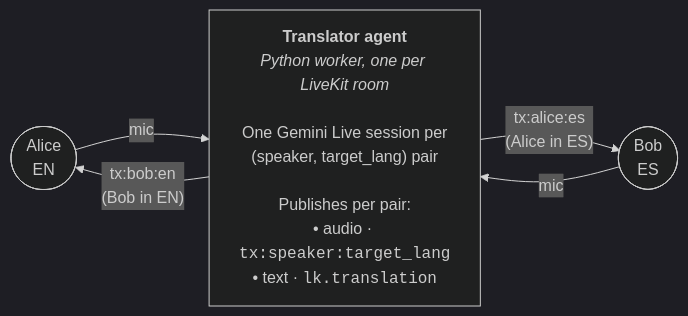
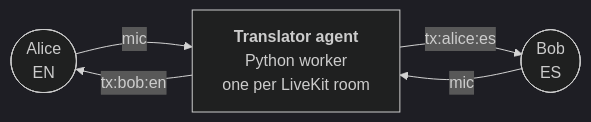
Before and after one commit to lovegold120221-dot/livetranslate: the diagram in README.md, drawn with Mermaid (dark theme). The commit also changed other lines of this file, not shown here.

First line of the commit message:
docs: slim the Mermaid diagram and move publish details into prose

````diff
--- a/README.md
+++ b/README.md
@@ -23,11 +23,11 @@
 ```mermaid
 flowchart LR
     Alice(["Alice<br/>EN"])
     Bob(["Bob<br/>ES"])
-    Agent["<b>Translator agent</b><br/><i>Python worker, one per LiveKit room</i><br/><br/>One Gemini Live session per<br/>(speaker, target_lang) pair<br/><br/>Publishes per pair:<br/>• audio · <code>tx:speaker:target_lang</code><br/>• text · <code>lk.translation</code>"]
+    Agent["<b>Translator agent</b><br/>Python worker<br/>one per LiveKit room"]
 
     Alice -- mic --> Agent
     Bob -- mic --> Agent
-    Agent -- "tx:bob:en<br/>(Bob in EN)" --> Alice
-    Agent -- "tx:alice:es<br/>(Alice in ES)" --> Bob
+    Agent -- "tx:bob:en" --> Alice
+    Agent -- "tx:alice:es" --> Bob
 ```
````
